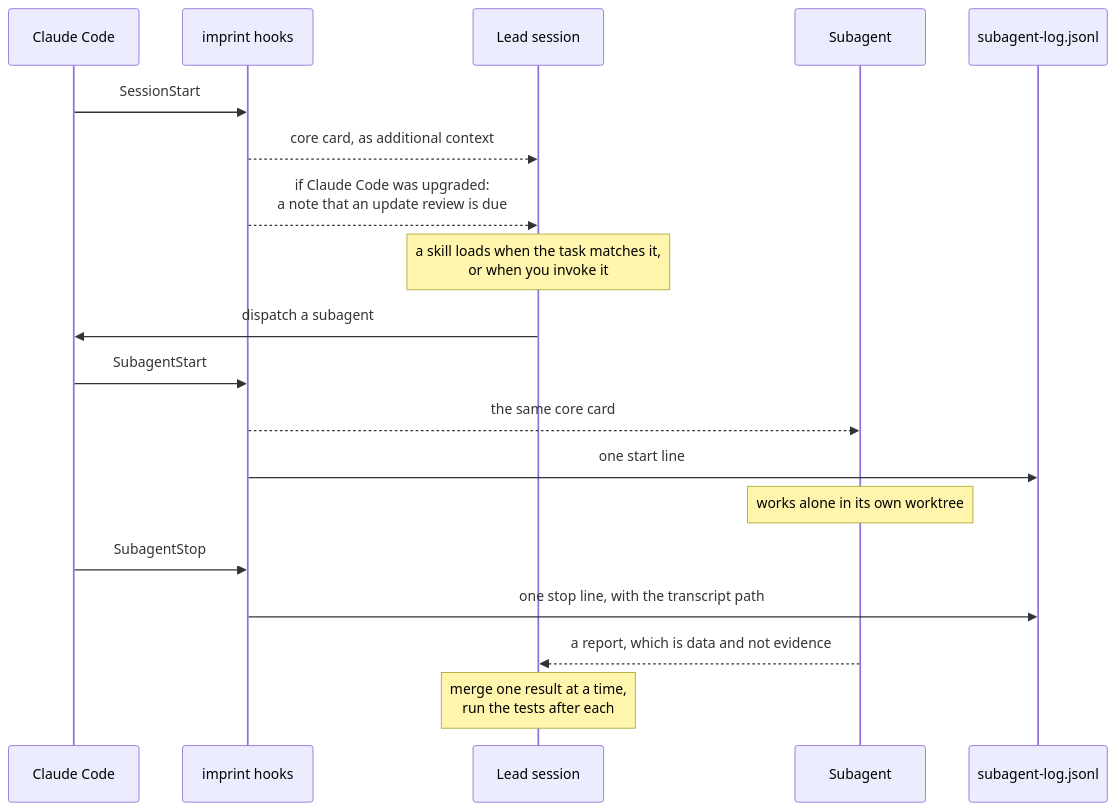
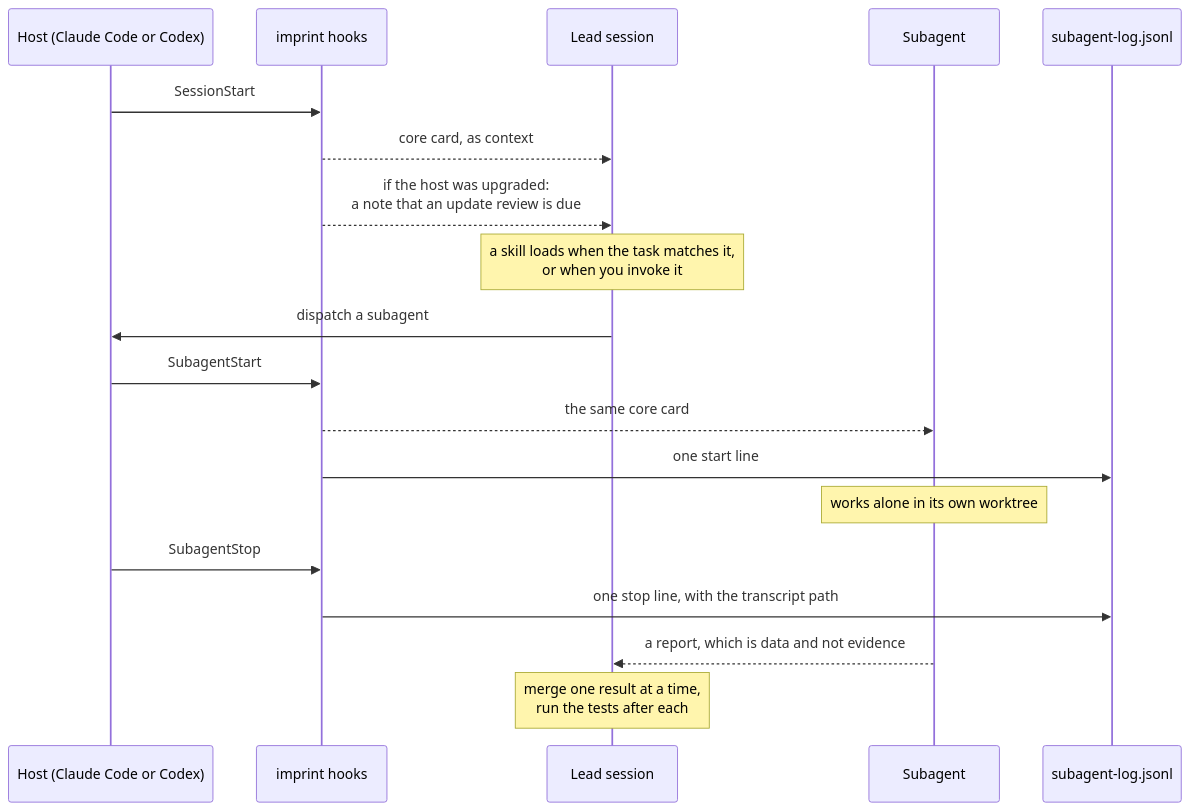
The diagram in README.md (mankind806/imprint-core), drawn with Mermaid before and after one commit. The commit also changed other lines of this file and 28 other files, not shown here.

First line of the commit message:
Release 0.8.0: run in Claude Code and Codex (#21)

````diff
--- a/README.md
+++ b/README.md
@@ -47,21 +67,21 @@
 ```mermaid
 sequenceDiagram
-    participant CC as Claude Code
+    participant CC as Host (Claude Code or Codex)
     participant H as imprint hooks
     participant L as Lead session
     participant S as Subagent
     participant Log as subagent-log.jsonl
     CC->>H: SessionStart
-    H-->>L: core card, as additional context
-    H-->>L: if Claude Code was upgraded:<br/>a note that an update review is due
+    H-->>L: core card, as context
+    H-->>L: if the host was upgraded:<br/>a note that an update review is due
     Note over L: a skill loads when the task matches it,<br/>or when you invoke it
     L->>CC: dispatch a subagent
     CC->>H: SubagentStart
     H-->>S: the same core card
     H->>Log: one start line
     Note over S: works alone in its own worktree
     CC->>H: SubagentStop
     H->>Log: one stop line, with the transcript path
     S-->>L: a report, which is data and not evidence
     Note over L: merge one result at a time,<br/>run the tests after each
 ```
````
